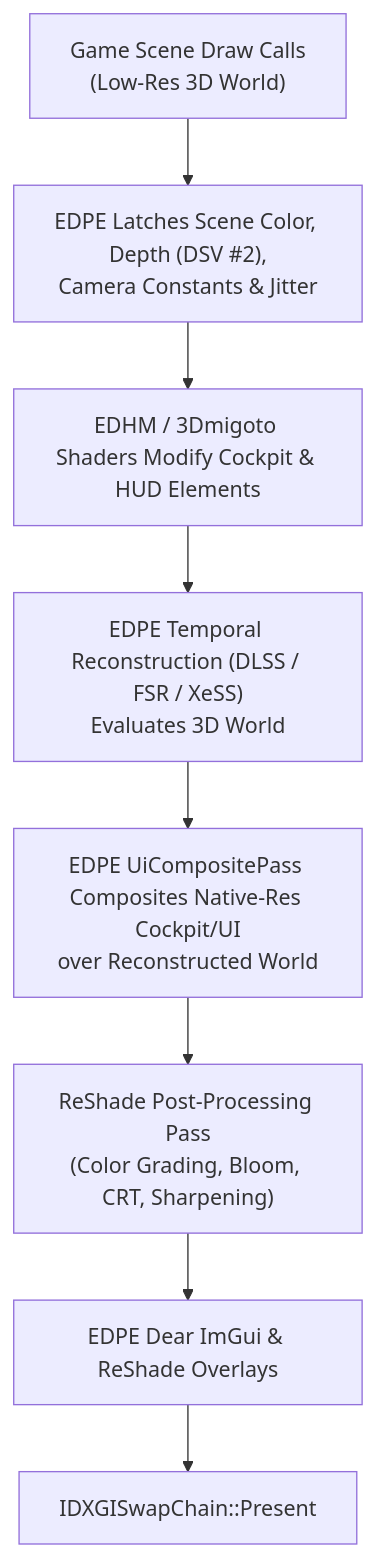
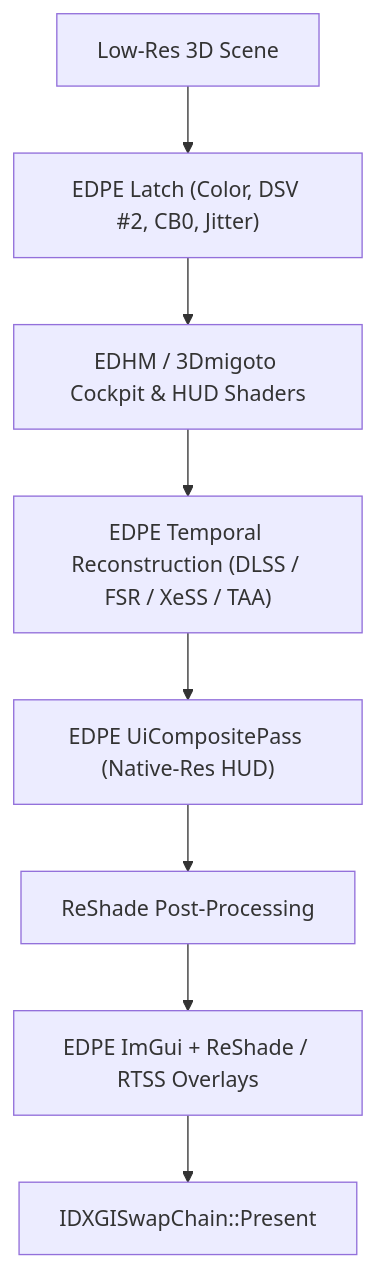
Before and after one commit to filispeen/EDPE: the second of 2 diagrams in PLAN.md, drawn with Mermaid. The commit also changed other lines of this file, not shown here.

````diff
--- a/PLAN.md
+++ b/PLAN.md
@@ -1956,10 +187,10 @@
-```mermaid
-flowchart TD
-    Scene["Game Scene Draw Calls<br/>(Low-Res 3D World)"] --> Latch["EDPE Latches Scene Color, Depth (DSV #2),<br/>Camera Constants & Jitter"]
-    Latch --> EDHM["EDHM / 3Dmigoto Shaders Modify Cockpit & HUD Elements"]
-    EDHM --> Reconstruct["EDPE Temporal Reconstruction (DLSS / FSR / XeSS)<br/>Evaluates 3D World"]
-    Reconstruct --> UIComp["EDPE UiCompositePass Composites Native-Res Cockpit/UI<br/>over Reconstructed World"]
-    UIComp --> ReShade["ReShade Post-Processing Pass<br/>(Color Grading, Bloom, CRT, Sharpening)"]
-    ReShade --> Overlay["EDPE Dear ImGui & ReShade Overlays"]
-    Overlay --> Present["IDXGISwapChain::Present"]
-```
+  ```mermaid
+  flowchart TD
+      Scene["Low-Res 3D Scene"] --> Latch["EDPE Latch (Color, DSV #2, CB0, Jitter)"]
+      Latch --> EDHM["EDHM / 3Dmigoto Cockpit & HUD Shaders"]
+      EDHM --> Recon["EDPE Temporal Reconstruction (DLSS / FSR / XeSS / TAA)"]
+      Recon --> UIComp["EDPE UiCompositePass (Native-Res HUD)"]
+      UIComp --> ReShade["ReShade Post-Processing"]
+      ReShade --> Overlays["EDPE ImGui + ReShade / RTSS Overlays"]
+      Overlays --> Present["IDXGISwapChain::Present"]
+  ```
````
